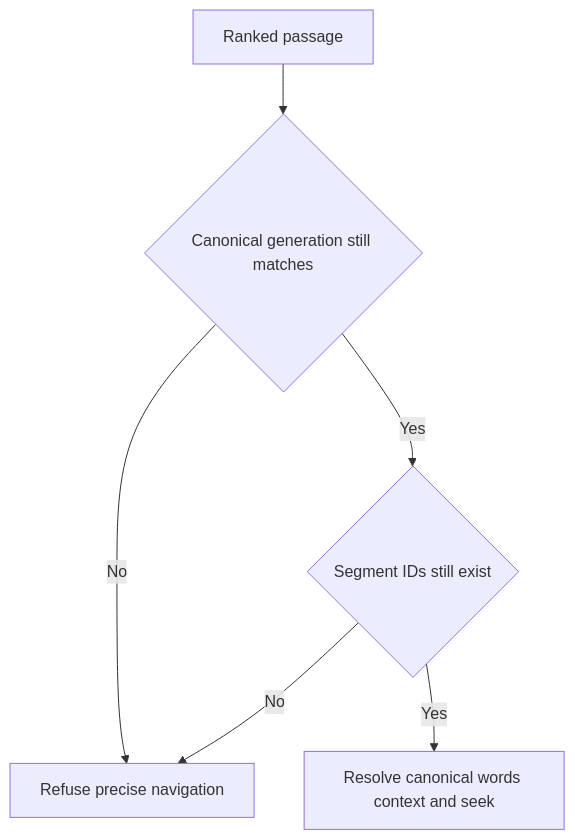
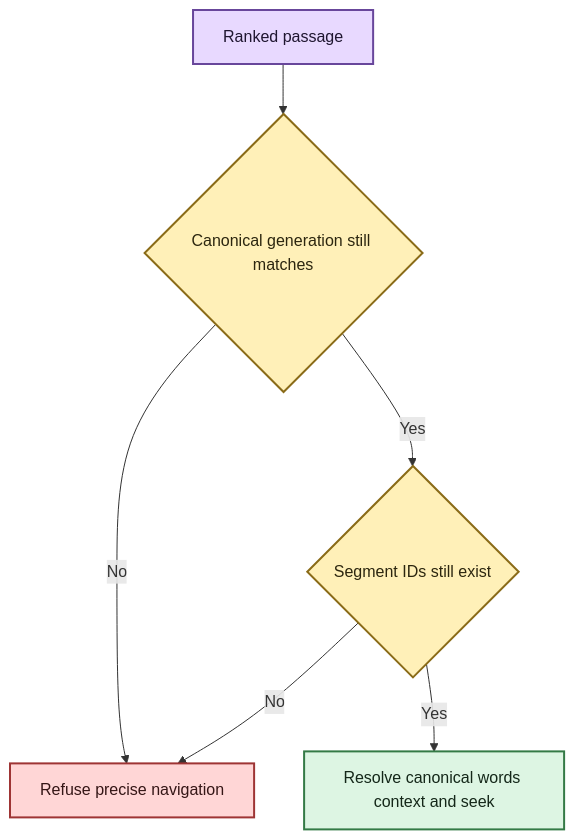
Before and after one commit to SSD1805/EchoFlow: the second of 2 diagrams in docs/architecture/corpus-search.md, drawn with Mermaid. The commit also changed other lines of this file, not shown here.

````diff
--- a/docs/architecture/corpus-search.md
+++ b/docs/architecture/corpus-search.md
@@ -100,8 +116,18 @@
 ```mermaid
 flowchart TD
     A[Ranked passage] --> B{Canonical generation still matches}
     B -->|No| C[Refuse precise navigation]
     B -->|Yes| D{Segment IDs still exist}
     D -->|No| C
     D -->|Yes| E[Resolve canonical words context and seek]
+
+    classDef process fill:#E8D9FF,stroke:#68469B,stroke-width:2px,color:#1F1630
+    classDef evidence fill:#FFF0B8,stroke:#8A6B18,stroke-width:2px,color:#2C260F
+    classDef stop fill:#FFD6D6,stroke:#9E3434,stroke-width:2px,color:#351616
+    classDef view fill:#DDF5E3,stroke:#347A46,stroke-width:2px,color:#142719
+
+    class A process
+    class B,D evidence
+    class C stop
+    class E view
 ```
````
